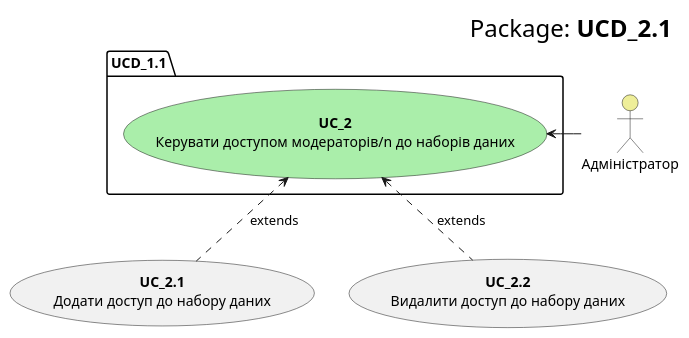
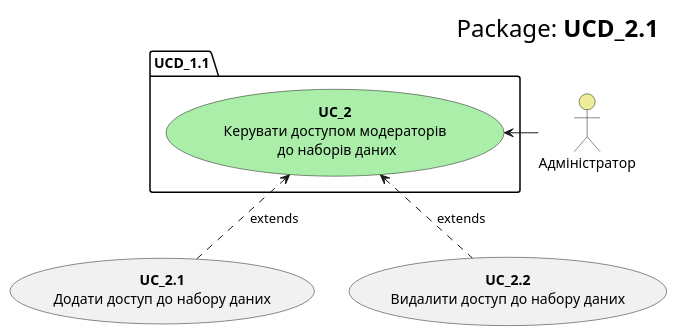
The diagram in src/uml/usecase21.puml (KarmazinN/db_open_data), drawn with PlantUML before and after one commit.

```diff
--- a/src/uml/usecase21.puml
+++ b/src/uml/usecase21.puml
@@ -1,19 +1,19 @@
 @startuml
     right header
         <font size=24 color=black>Package:<b> UCD_2.1
     end header
 
     package UCD_1.1 {
-        usecase "<b>UC_2</b>\nКерувати доступом модераторів/n до наборів даних" as UC_2 #aaeeaa
+        usecase "<b>UC_2</b>\nКерувати доступом модераторів\n до наборів даних" as UC_2 #aaeeaa
     }
     
     actor "Адміністратор" as Admin #eeee99
     Admin -l-> UC_2
     
     usecase "<b>UC_2.1</b>\nДодати доступ до набору даних" as UC_2.1
     usecase "<b>UC_2.2</b>\nВидалити доступ до набору даних" as UC_2.2
     
     UC_2.1 .u.> UC_2: extends
     UC_2.2 .u.> UC_2: extends
     
 @enduml
```
